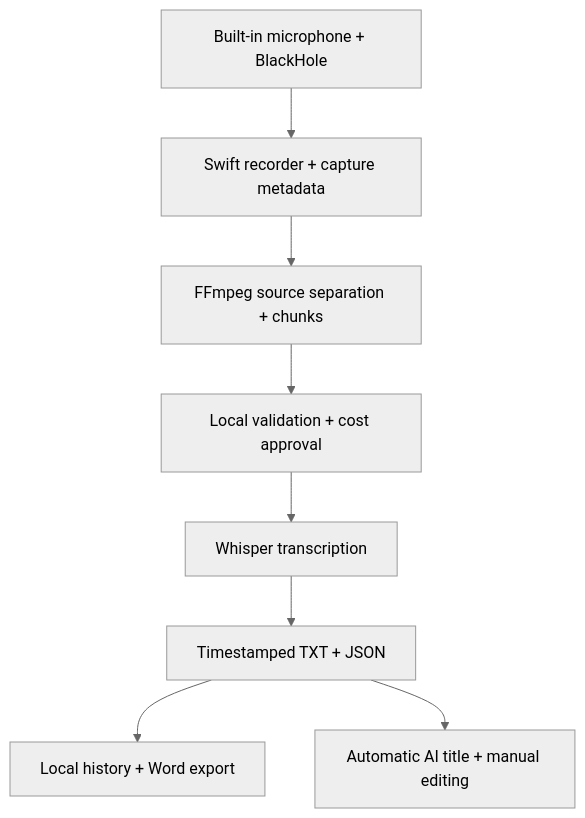
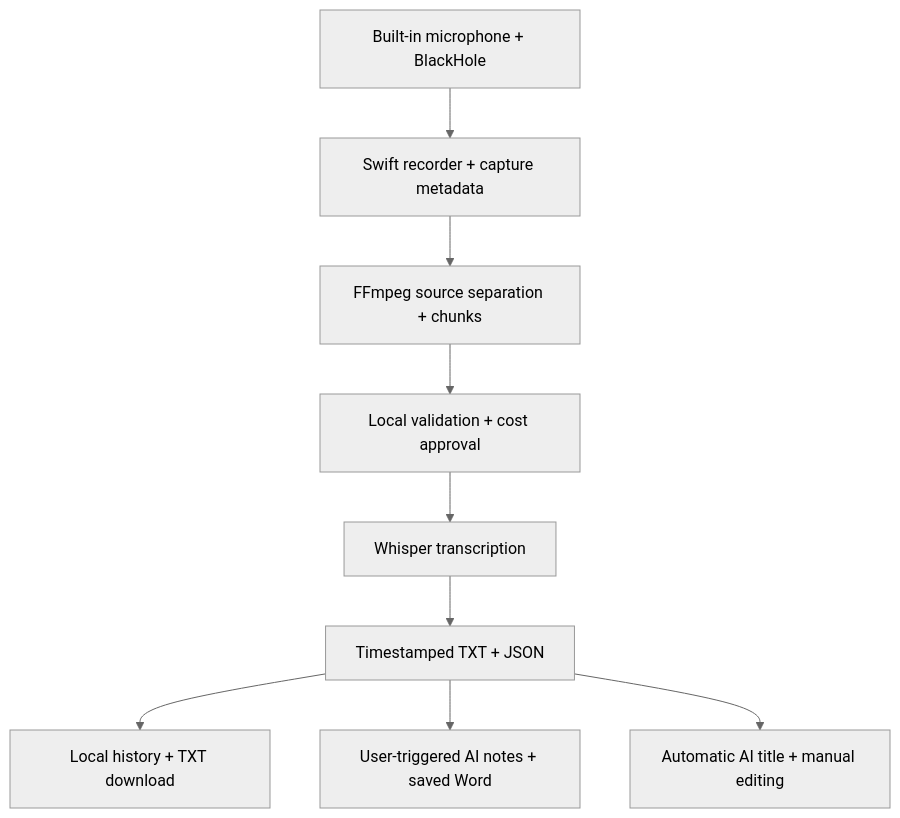
The diagram in README.md (Armin-Seyfi/nilaris-transcription-agent), drawn with Mermaid (neutral theme) before and after one commit. The commit also changed other lines of this file and 7 other files, not shown here.

Commit message:
Add persistent multilingual AI notes with Word downloads and raw TXT export

````diff
--- a/README.md
+++ b/README.md
@@ -33,10 +35,11 @@
 ```mermaid
 flowchart TD
     A[Built-in microphone + BlackHole] --> B[Swift recorder + capture metadata]
     B --> C[FFmpeg source separation + chunks]
     C --> D[Local validation + cost approval]
     D --> E[Whisper transcription]
     E --> F[Timestamped TXT + JSON]
-    F --> G[Local history + Word export]
+    F --> G[Local history + TXT download]
+    F --> I[User-triggered AI notes + saved Word]
     F --> H[Automatic AI title + manual editing]
 ```
````
